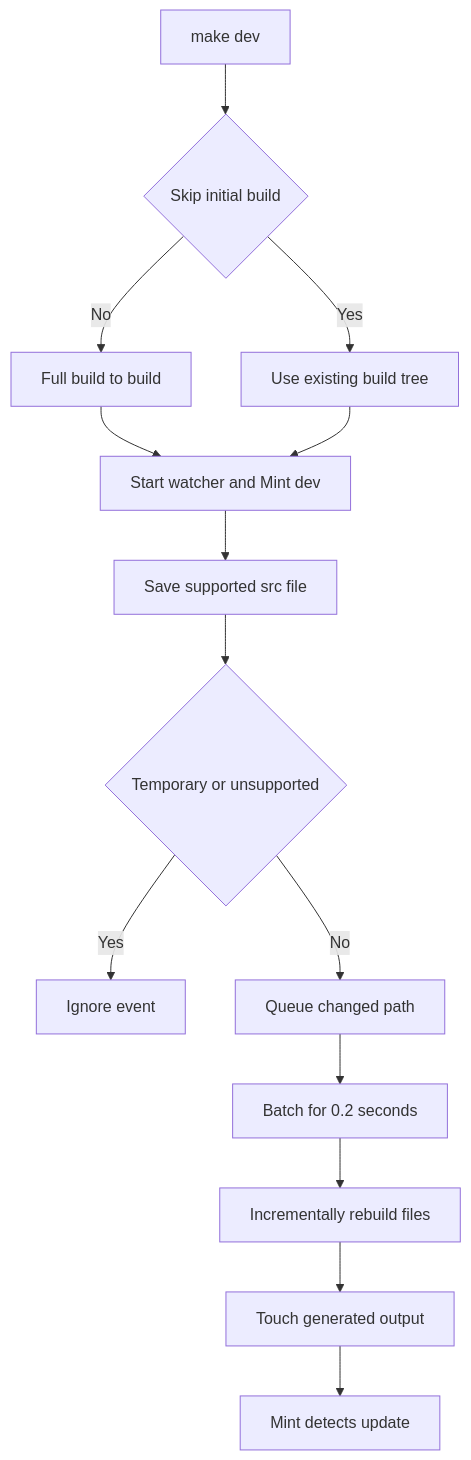
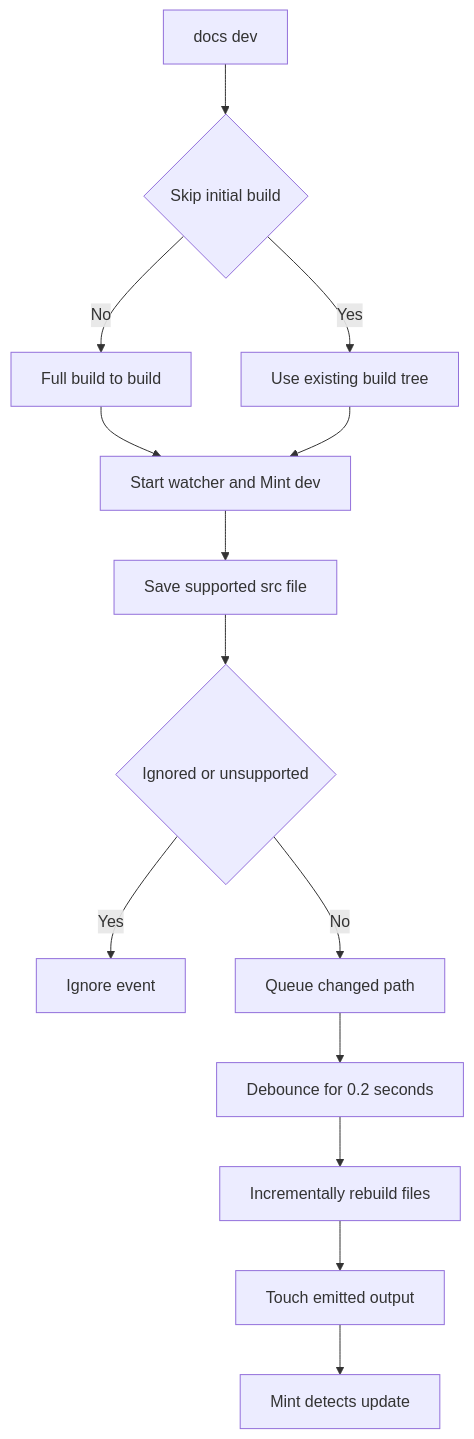
Before and after one commit to langchain-ai/docs: the diagram in openwiki/workflows/local-development.md, drawn with Mermaid. The commit also changed other lines of this file and 20 other files, not shown here.

````diff
--- a/openwiki/workflows/local-development.md
+++ b/openwiki/workflows/local-development.md
@@ -73,16 +81,16 @@
 ```mermaid
 flowchart TD
-    Start["make dev"] --> Initial{"Skip initial build"}
-    Initial -->|"No"| Full["Full build to build"]
-    Initial -->|"Yes"| Existing["Use existing build tree"]
+    Begin["docs dev"] --> Skip{"Skip initial build"}
+    Skip -->|"No"| Full["Full build to build"]
+    Skip -->|"Yes"| Existing["Use existing build tree"]
     Full --> Services["Start watcher and Mint dev"]
     Existing --> Services
     Services --> Edit["Save supported src file"]
-    Edit --> Filter{"Temporary or unsupported"}
+    Edit --> Filter{"Ignored or unsupported"}
     Filter -->|"Yes"| Ignore["Ignore event"]
     Filter -->|"No"| Queue["Queue changed path"]
-    Queue --> Delay["Batch for 0.2 seconds"]
+    Queue --> Delay["Debounce for 0.2 seconds"]
     Delay --> Rebuild["Incrementally rebuild files"]
-    Rebuild --> Touch["Touch generated output"]
+    Rebuild --> Touch["Touch emitted output"]
     Touch --> Preview["Mint detects update"]
 ```
````
